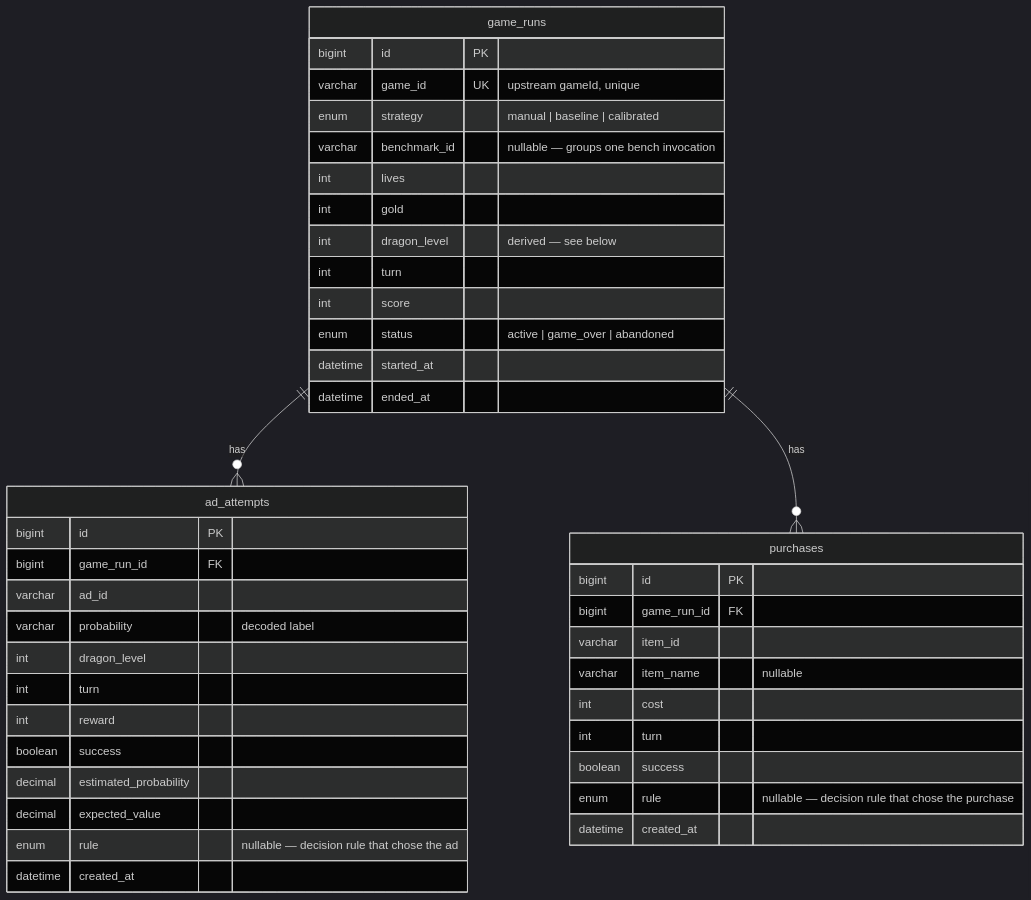
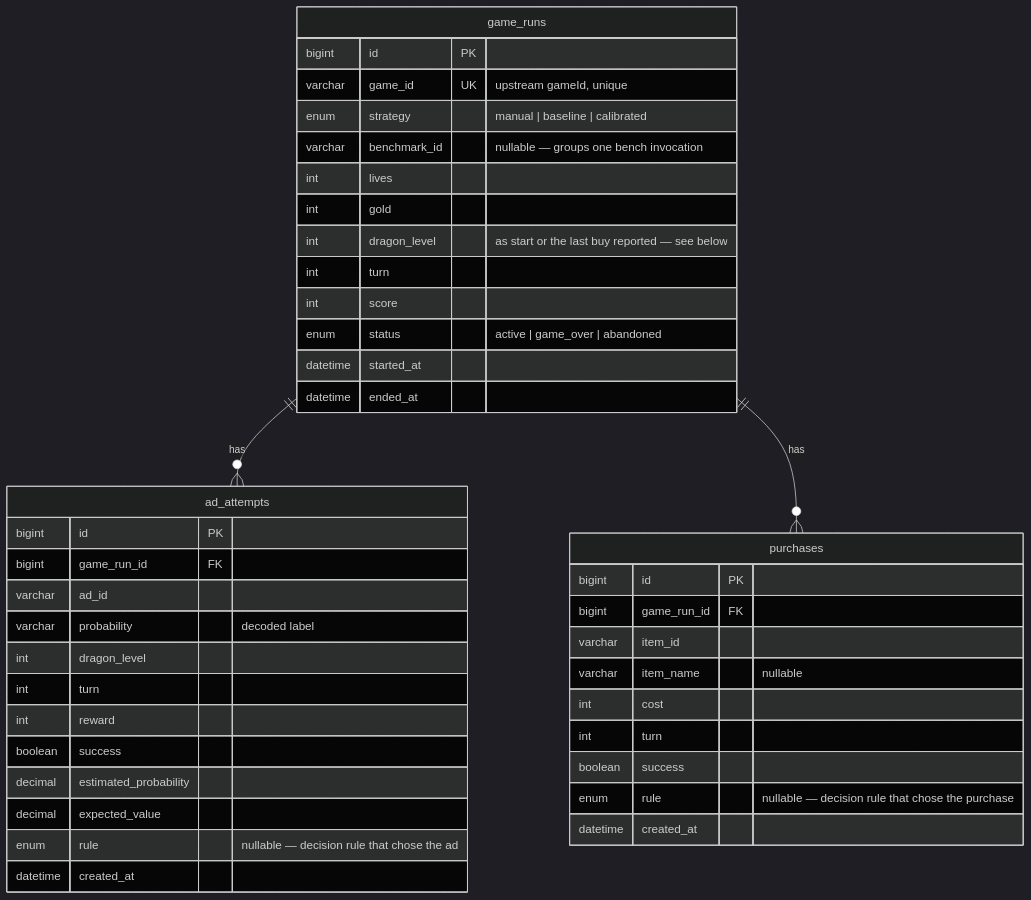
Before and after one commit to eazygood/dragons_game: the diagram in docs/agent_docs/database.md, drawn with Mermaid (dark theme). The commit also changed other lines of this file and 5 other files, not shown here.

First line of the commit message:
DRGN-21: docs take the dragon level from buy, not purchases

````diff
--- a/docs/agent_docs/database.md
+++ b/docs/agent_docs/database.md
@@ -7,45 +7,45 @@
 ```mermaid
 erDiagram
     game_runs ||--o{ ad_attempts : has
     game_runs ||--o{ purchases : has
 
     game_runs {
         bigint id PK
         varchar game_id UK "upstream gameId, unique"
         enum strategy "manual | baseline | calibrated"
         varchar benchmark_id "nullable — groups one bench invocation"
         int lives
         int gold
-        int dragon_level "derived — see below"
+        int dragon_level "as start or the last buy reported — see below"
         int turn
         int score
         enum status "active | game_over | abandoned"
         datetime started_at
         datetime ended_at
     }
     ad_attempts {
         bigint id PK
         bigint game_run_id FK
         varchar ad_id
         varchar probability "decoded label"
         int dragon_level
         int turn
         int reward
         boolean success
         decimal estimated_probability
         decimal expected_value
         enum rule "nullable — decision rule that chose the ad"
         datetime created_at
     }
     purchases {
         bigint id PK
         bigint game_run_id FK
         varchar item_id
         varchar item_name "nullable"
         int cost
         int turn
         boolean success
         enum rule "nullable — decision rule that chose the purchase"
         datetime created_at
     }
 ```
````
